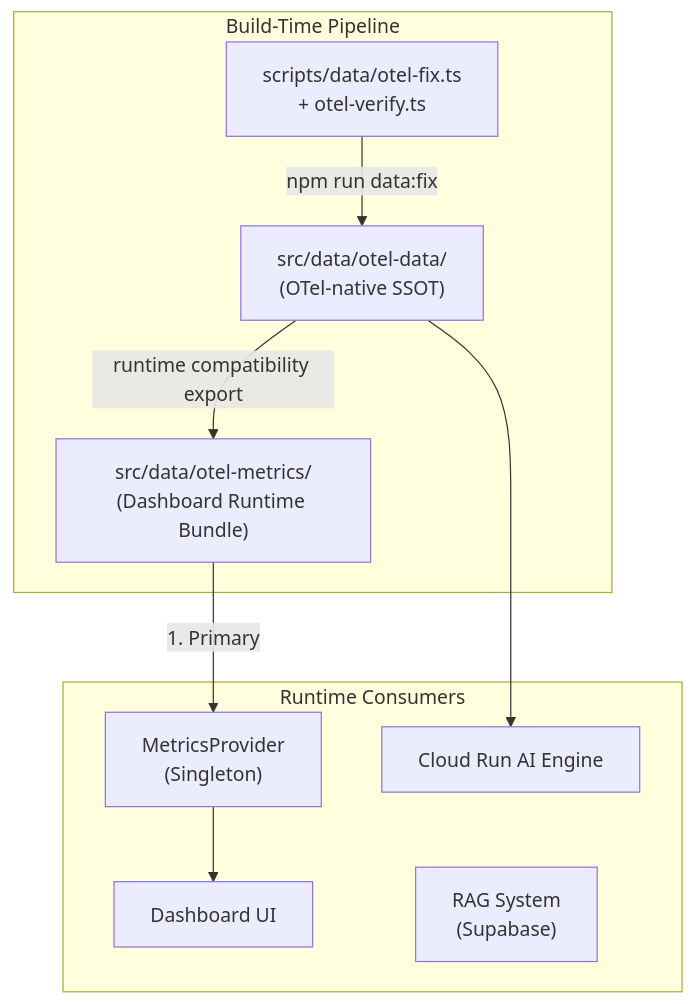
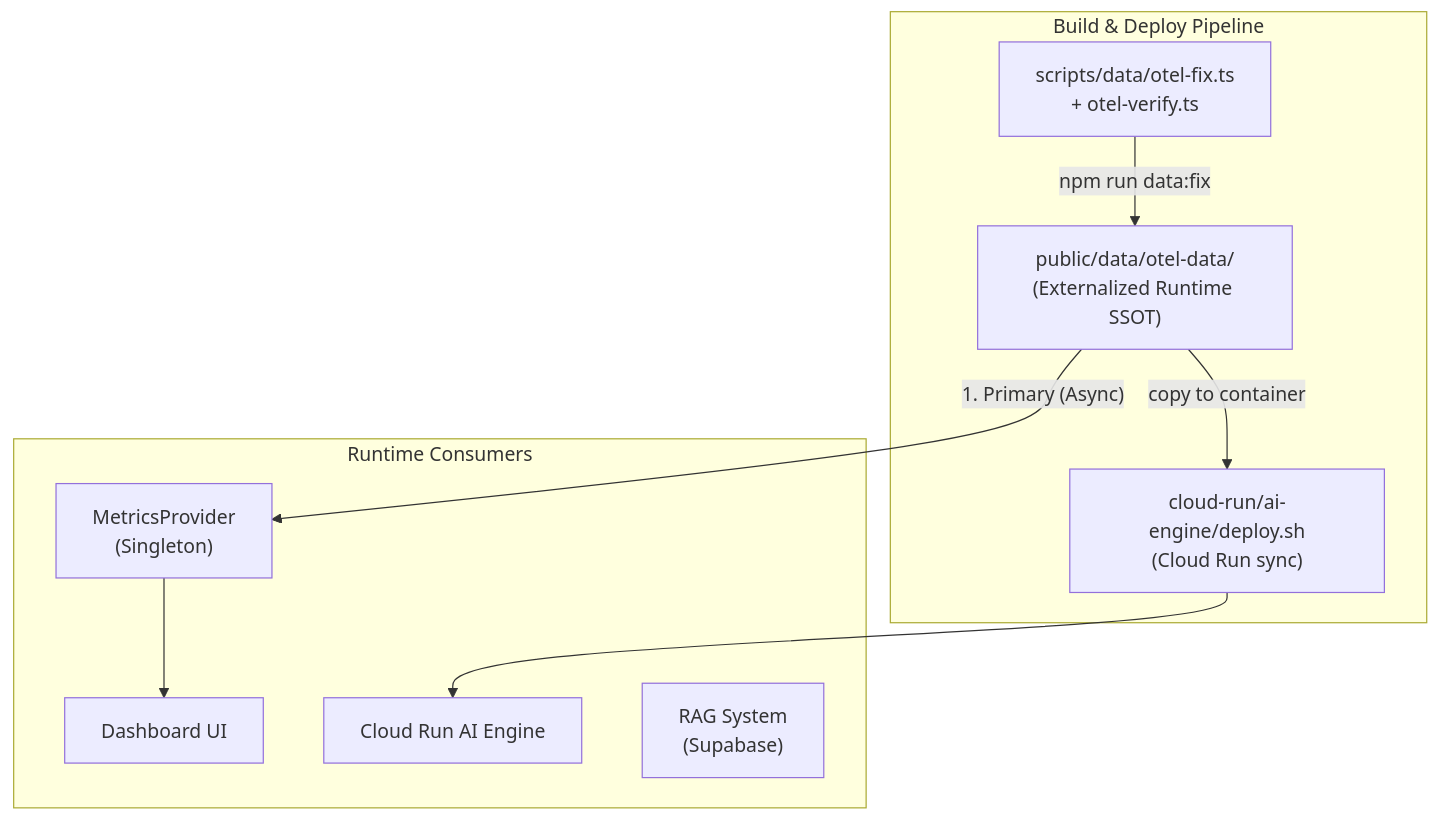
One commit to skyasu2/openmanager-ai changed the diagram in docs/reference/architecture/data/data-architecture.md. Above: the diagram before and after it, drawn with Mermaid. The commit also changed other lines of this file and 69 other files, not shown here.

Commit message:
feat(data): externalize otel runtime dataset and async loading

````diff
--- a/docs/reference/architecture/data/data-architecture.md
+++ b/docs/reference/architecture/data/data-architecture.md
@@ -41,21 +41,21 @@
 ```mermaid
 graph TD
-    subgraph BuildTime["Build-Time Pipeline"]
+    subgraph BuildTime["Build & Deploy Pipeline"]
         Script["scripts/data/otel-fix.ts<br/>+ otel-verify.ts"]
-        OTelData["src/data/otel-data/<br/>(OTel-native SSOT)"]
-        OTelMetrics["src/data/otel-metrics/<br/>(Dashboard Runtime Bundle)"]
+        OTelData["public/data/otel-data/<br/>(Externalized Runtime SSOT)"]
+        Deploy["cloud-run/ai-engine/deploy.sh<br/>(Cloud Run sync)"]
         Script -->|"npm run data:fix"| OTelData
-        OTelData -->|"runtime compatibility export"| OTelMetrics
+        OTelData -->|"copy to container"| Deploy
     end
 
     subgraph Runtime["Runtime Consumers"]
         MP["MetricsProvider<br/>(Singleton)"]
         Dashboard["Dashboard UI"]
         AIEngine["Cloud Run AI Engine"]
         RAG["RAG System<br/>(Supabase)"]
     end
 
-    OTelMetrics -->|"1. Primary"| MP
+    OTelData -->|"1. Primary (Async)"| MP
     MP --> Dashboard
-    OTelData --> AIEngine
+    Deploy --> AIEngine
 ```
````
